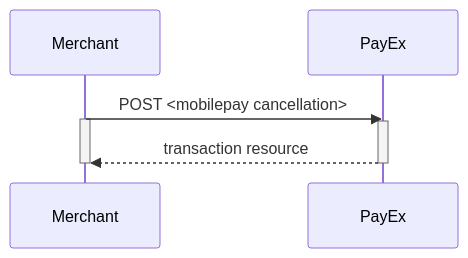
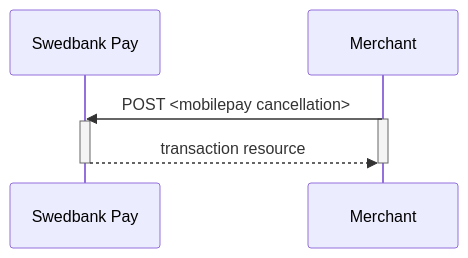
The second of 3 diagrams in payments/mobile-pay/other-features.md (SwedbankPay/developer.swedbankpay.com), drawn with Mermaid before and after one commit. The commit also changed other lines of this file and 8 other files, not shown here.

Commit message:
DX-1089: Replace PayEx with Swedbank Pay

````diff
--- a/payments/mobile-pay/other-features.md
+++ b/payments/mobile-pay/other-features.md
@@ -444,9 +446,11 @@
 ```mermaid
 sequenceDiagram
-  Merchant->>PayEx: POST <mobilepay cancellation>
-  Activate Merchant
-  Activate PayEx
-  PayEx-->>Merchant: transaction resource
-  Deactivate PayEx
-  Deactivate Merchant
+  participant SwedbankPay as Swedbank Pay
+
+  Merchant->>SwedbankPay: POST <mobilepay cancellation>
+  activate Merchant
+  activate SwedbankPay
+  SwedbankPay-->>Merchant: transaction resource
+  deactivate SwedbankPay
+  deactivate Merchant
 ```
````
